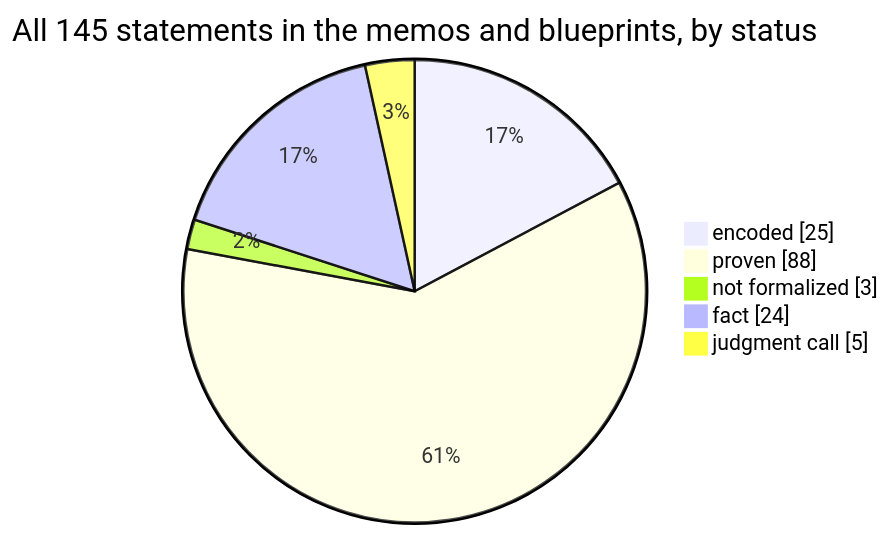
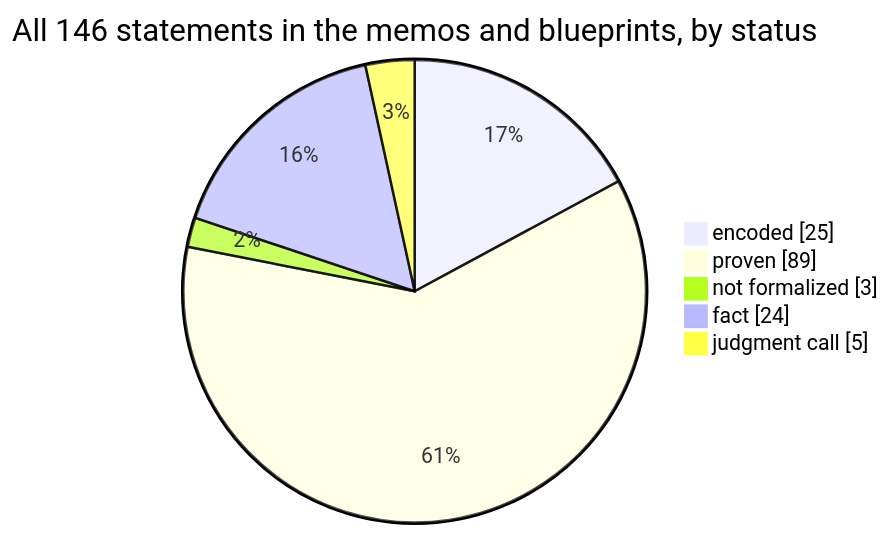
The first of 4 diagrams in docs/graphs/dashboard.md (SeanWMurray/Canteen), drawn with Mermaid before and after one commit. The commit also changed other lines of this file and 16 other files, not shown here.

````diff
--- a/docs/graphs/dashboard.md
+++ b/docs/graphs/dashboard.md
@@ -11,8 +11,8 @@
 ```mermaid
-pie showData title All 145 statements in the memos and blueprints, by status
+pie showData title All 146 statements in the memos and blueprints, by status
     "encoded" : 25
-    "proven" : 88
+    "proven" : 89
     "not formalized" : 3
     "fact" : 24
     "judgment call" : 5
 ```
````
